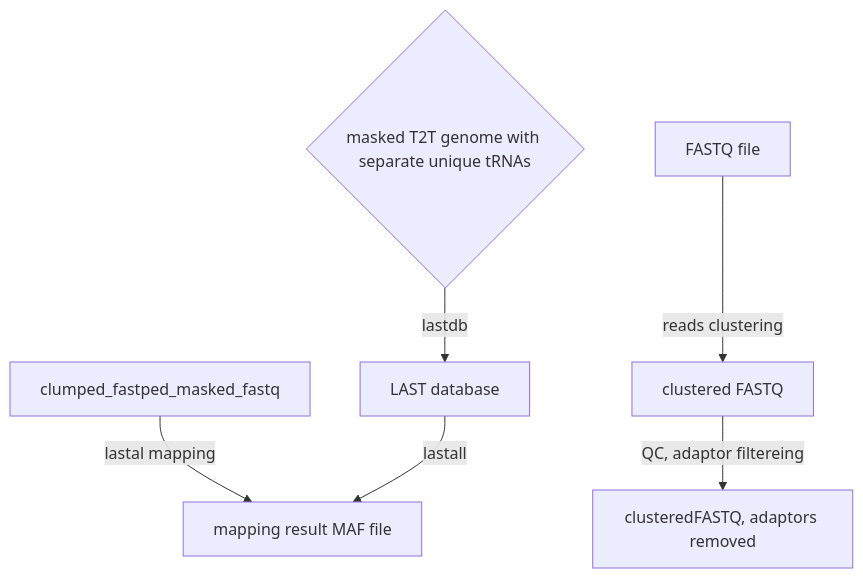
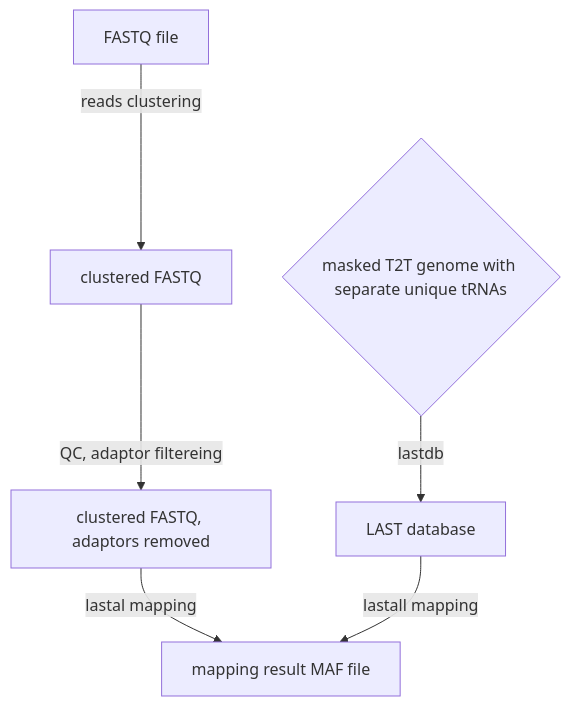
The second of 2 diagrams in doc/workflow_mermaid.md (Cancer-Genomics-TH/tRNA_methyl), drawn with Mermaid before and after one commit.

Commit message:
FASTQ mapping format fix

````diff
--- a/doc/workflow_mermaid.md
+++ b/doc/workflow_mermaid.md
@@ -45,8 +45,8 @@
 ```mermaid
 graph TD
     genome_for_mapping{masked T2T genome with separate unique tRNAs}-->|lastdb|last_database[LAST database]
     input_fastq[FASTQ file] --> |reads clustering| clustered_fastq[clustered FASTQ]
-    clustered_fastq --> |QC, adaptor filtereing| fastped_fastq[clusteredFASTQ, adaptors removed ]
-    clumped_fastped_masked_fastq-->|lastal mapping|maf_result[mapping result MAF file]
-    last_database-->|lastall|maf_result
+    clustered_fastq --> |QC, adaptor filtereing| fastped_fastq[clustered FASTQ, adaptors removed ]
+    fastped_fastq -->|lastal mapping|maf_result[mapping result MAF file]
+    last_database -->|lastall mapping|maf_result
 ```
````
